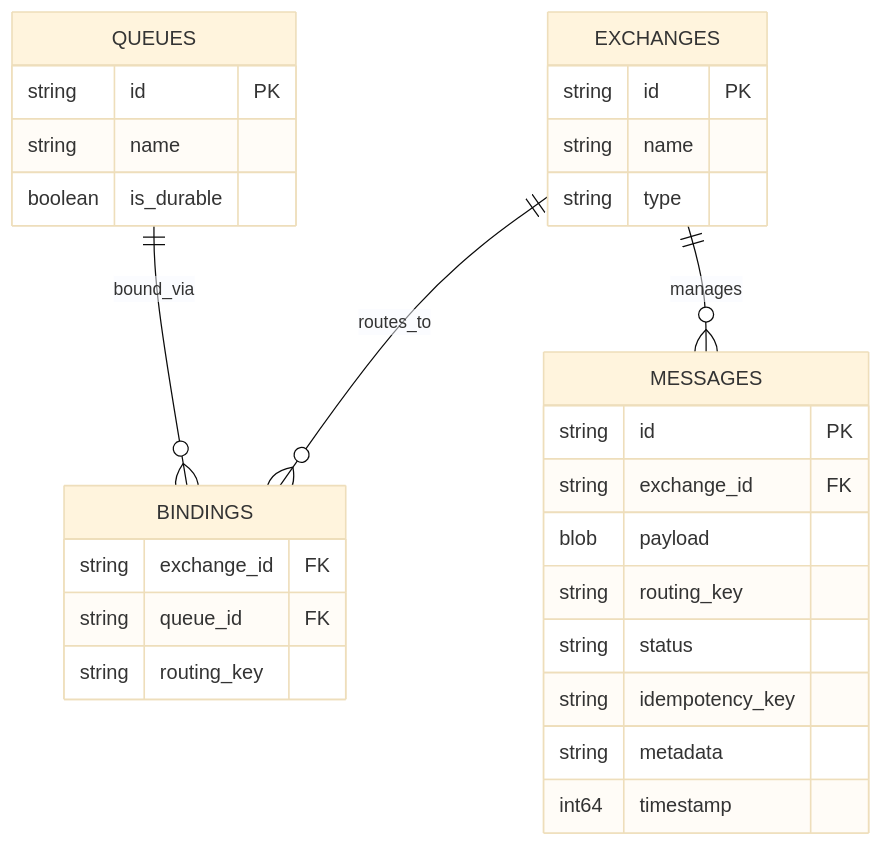
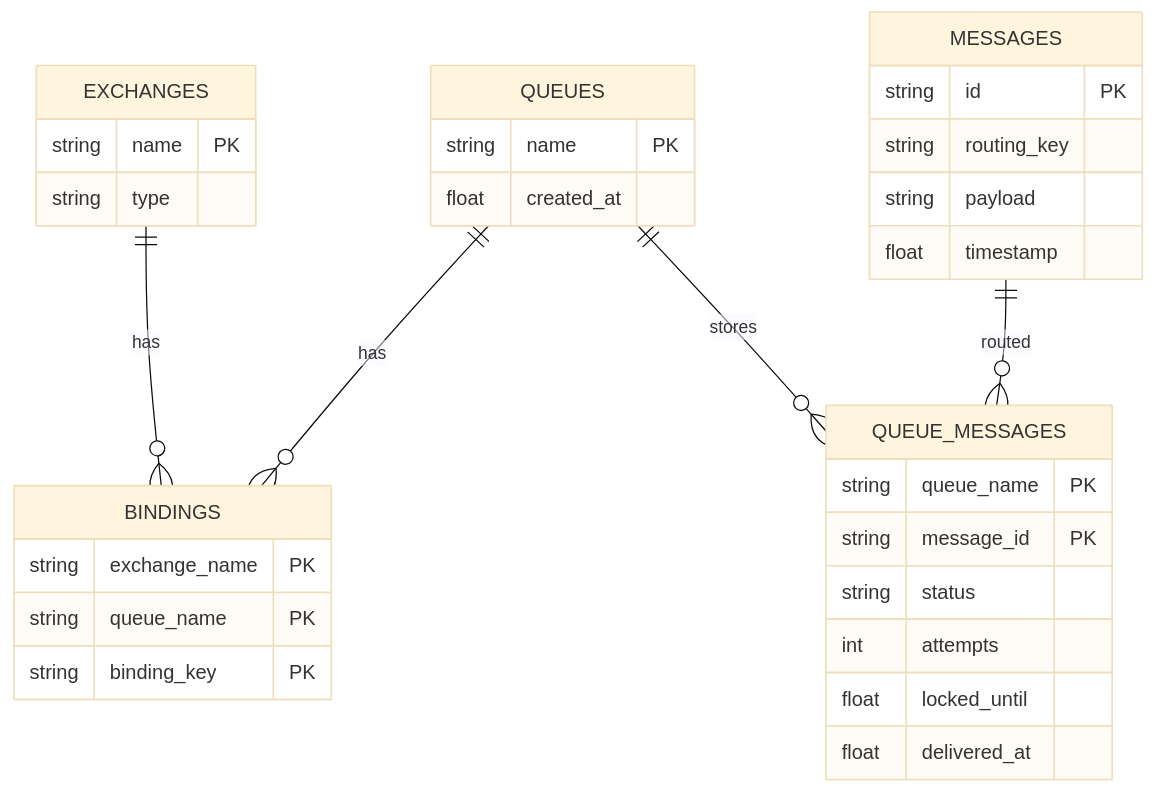
The second of 2 diagrams in README.md (Kbnch7/SquirrelMQ), drawn with Mermaid (base theme) before and after one commit. The commit also changed other lines of this file and 15 other files, not shown here.

````diff
--- a/README.md
+++ b/README.md
@@ -68,32 +49,35 @@
 ```mermaid
 erDiagram
+    EXCHANGES ||--o{ BINDINGS : has
+    QUEUES ||--o{ BINDINGS : has
+    MESSAGES ||--o{ QUEUE_MESSAGES : routed
+    QUEUES ||--o{ QUEUE_MESSAGES : stores
+
+    EXCHANGES {
+        string name PK
+        string type
+    }
+    QUEUES {
+        string name PK
+        float created_at
+    }
+    BINDINGS {
+        string exchange_name PK
+        string queue_name PK
+        string binding_key PK
+    }
     MESSAGES {
         string id PK
-        string exchange_id FK
-        blob payload
         string routing_key
+        string payload
+        float timestamp
+    }
+    QUEUE_MESSAGES {
+        string queue_name PK
+        string message_id PK
         string status
-        string idempotency_key
-        string metadata
-        int64 timestamp
+        int attempts
+        float locked_until
+        float delivered_at
     }
-    QUEUES {
-        string id PK
-        string name
-        boolean is_durable
-    }
-    EXCHANGES {
-        string id PK
-        string name
-        string type
-    }
-    BINDINGS {
-        string exchange_id FK
-        string queue_id FK
-        string routing_key
-    }
-
-    EXCHANGES ||--o{ BINDINGS : "routes_to"
-    QUEUES ||--o{ BINDINGS : "bound_via"
-    EXCHANGES ||--o{ MESSAGES : "manages"
 ```
````
